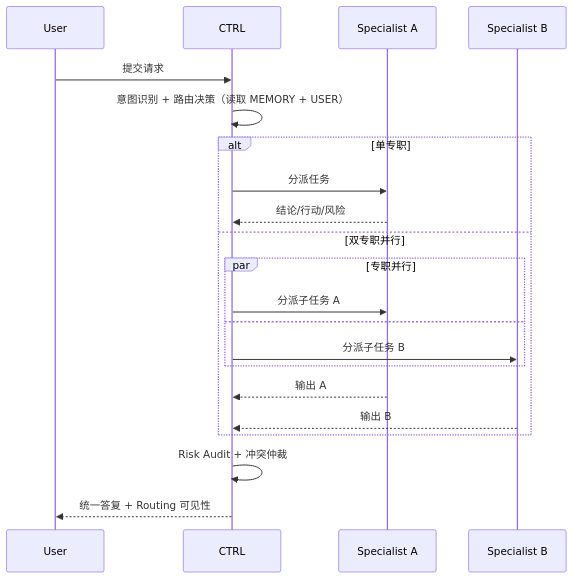
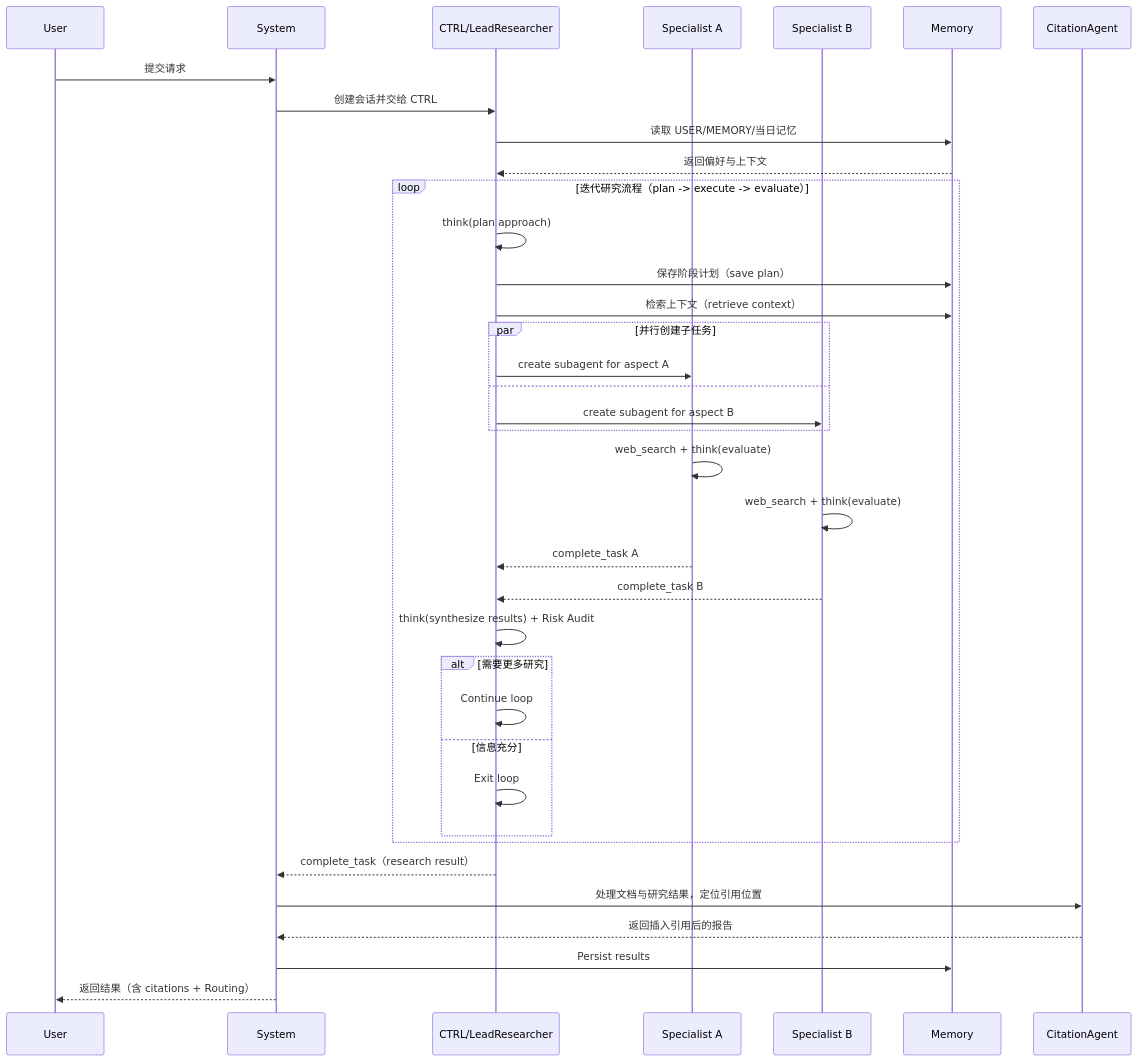
One commit to jinglong92/longClaw changed the second of 2 diagrams in README.md. Above: the diagram before and after it, drawn with Mermaid. The commit also changed 6 other files, not shown here.

Commit message:
docs: refine orchestrator-worker sequence and sync diagram assets

````diff
--- a/README.md
+++ b/README.md
@@ -159,24 +159,42 @@
 ```mermaid
 sequenceDiagram
     participant U as User
-    participant C as CTRL
+    participant S as System
+    participant C as CTRL/LeadResearcher
     participant A as Specialist A
     participant B as Specialist B
+    participant M as Memory
+    participant Q as CitationAgent
 
-    U->>C: 提交请求
-    C->>C: 意图识别 + 路由决策（读取 MEMORY + USER）
-    alt 单专职
-        C->>A: 分派任务
-        A-->>C: 结论/行动/风险
-    else 双专职并行
-        par 专职并行
-            C->>A: 分派子任务 A
+    U->>S: 提交请求
+    S->>C: 创建会话并交给 CTRL
+    C->>M: 读取 USER/MEMORY/当日记忆
+    M-->>C: 返回偏好与上下文
+
+    loop 迭代研究流程（plan -> execute -> evaluate）
+        C->>C: think(plan approach)
+        C->>M: 保存阶段计划（save plan）
+        C->>M: 检索上下文（retrieve context）
+        par 并行创建子任务
+            C->>A: create subagent for aspect A
             and
-            C->>B: 分派子任务 B
+            C->>B: create subagent for aspect B
         end
-        A-->>C: 输出 A
-        B-->>C: 输出 B
+        A->>A: web_search + think(evaluate)
+        B->>B: web_search + think(evaluate)
+        A-->>C: complete_task A
+        B-->>C: complete_task B
+        C->>C: think(synthesize results) + Risk Audit
+        alt 需要更多研究
+            C->>C: Continue loop
+        else 信息充分
+            C->>C: Exit loop
+        end
     end
-    C->>C: Risk Audit + 冲突仲裁
-    C-->>U: 统一答复 + Routing 可见性
+
+    C-->>S: complete_task（research result）
+    S->>Q: 处理文档与研究结果，定位引用位置
+    Q-->>S: 返回插入引用后的报告
+    S->>M: Persist results
+    S-->>U: 返回结果（含 citations + Routing）
 ```
````
